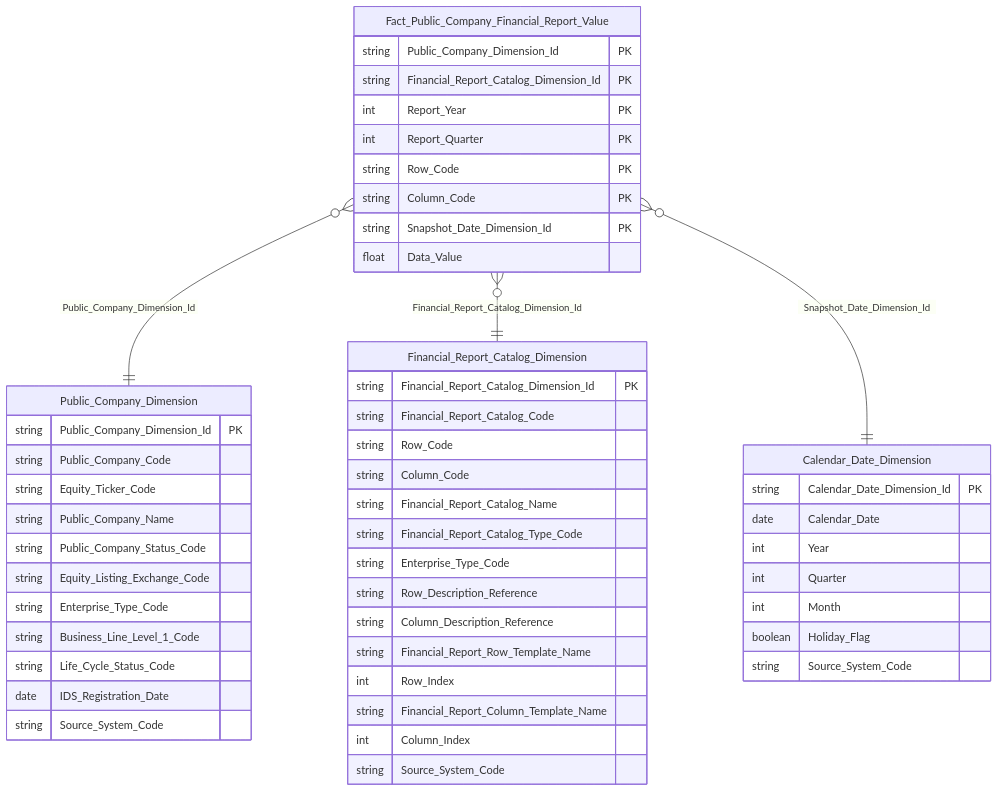
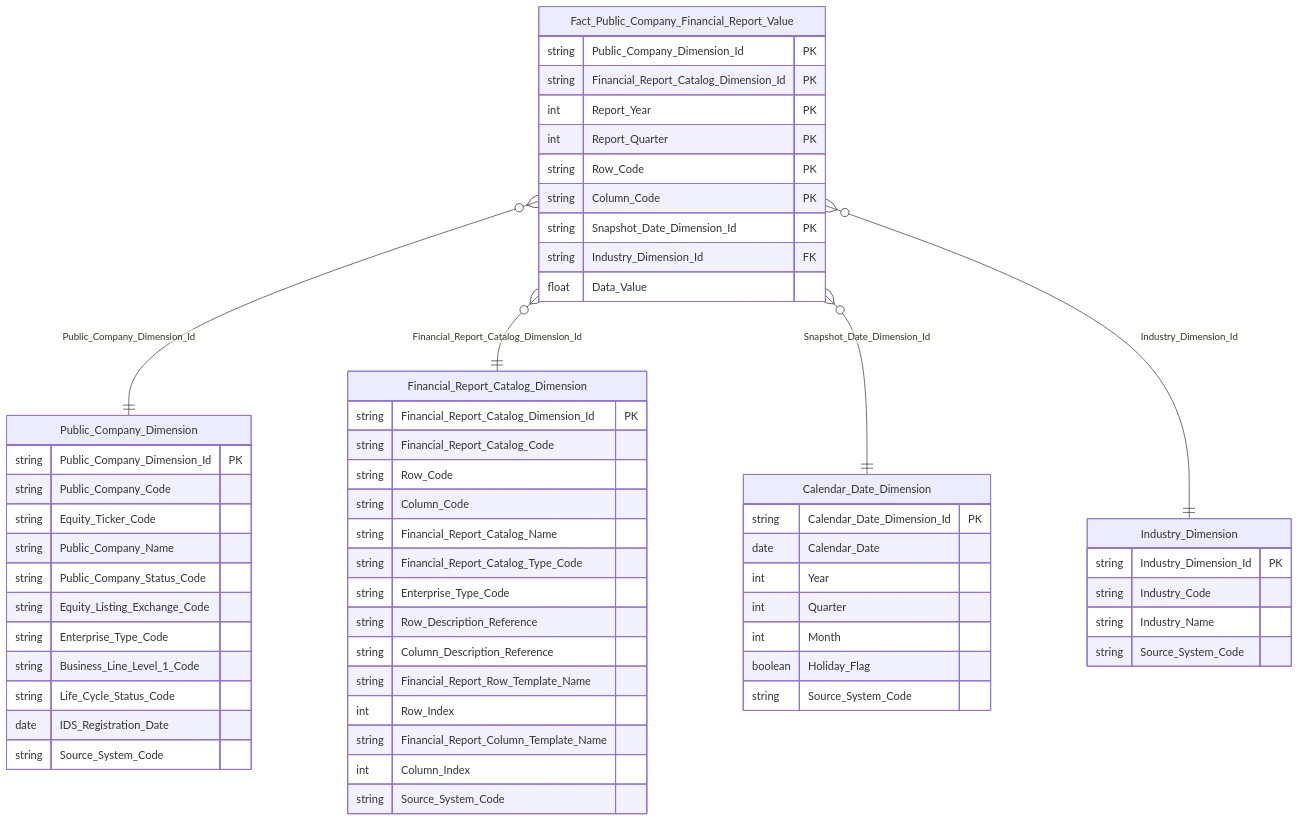
One commit to linhlvit/ubck_atomic_design changed diagram 25 of 56 in Datamart/hld/DTM_GSDC_HLD.md. Above: the diagram before and after it, drawn with Mermaid. The commit also changed other lines of this file and 10 other files, not shown here.

````diff
--- a/Datamart/hld/DTM_GSDC_HLD.md
+++ b/Datamart/hld/DTM_GSDC_HLD.md
@@ -1108,58 +1108,67 @@
 ```mermaid
 erDiagram
     Fact_Public_Company_Financial_Report_Value {
         string Public_Company_Dimension_Id PK
         string Financial_Report_Catalog_Dimension_Id PK
         int Report_Year PK
         int Report_Quarter PK
         string Row_Code PK
         string Column_Code PK
         string Snapshot_Date_Dimension_Id PK
+        string Industry_Dimension_Id FK
         float Data_Value
     }
 
     Public_Company_Dimension {
         string Public_Company_Dimension_Id PK
         string Public_Company_Code
         string Equity_Ticker_Code
         string Public_Company_Name
         string Public_Company_Status_Code
         string Equity_Listing_Exchange_Code
         string Enterprise_Type_Code
         string Business_Line_Level_1_Code
         string Life_Cycle_Status_Code
         date IDS_Registration_Date
         string Source_System_Code
     }
 
     Financial_Report_Catalog_Dimension {
         string Financial_Report_Catalog_Dimension_Id PK
         string Financial_Report_Catalog_Code
         string Row_Code
         string Column_Code
         string Financial_Report_Catalog_Name
         string Financial_Report_Catalog_Type_Code
         string Enterprise_Type_Code
         string Row_Description_Reference
         string Column_Description_Reference
         string Financial_Report_Row_Template_Name
         int Row_Index
         string Financial_Report_Column_Template_Name
         int Column_Index
         string Source_System_Code
     }
 
     Calendar_Date_Dimension {
         string Calendar_Date_Dimension_Id PK
         date Calendar_Date
         int Year
         int Quarter
         int Month
         boolean Holiday_Flag
         string Source_System_Code
     }
 
+    Industry_Dimension {
+        string Industry_Dimension_Id PK
+        string Industry_Code
+        string Industry_Name
+        string Source_System_Code
+    }
+
     Fact_Public_Company_Financial_Report_Value }o--|| Public_Company_Dimension : "Public_Company_Dimension_Id"
     Fact_Public_Company_Financial_Report_Value }o--|| Financial_Report_Catalog_Dimension : "Financial_Report_Catalog_Dimension_Id"
     Fact_Public_Company_Financial_Report_Value }o--|| Calendar_Date_Dimension : "Snapshot_Date_Dimension_Id"
+    Fact_Public_Company_Financial_Report_Value }o--|| Industry_Dimension : "Industry_Dimension_Id"
 ```
````
